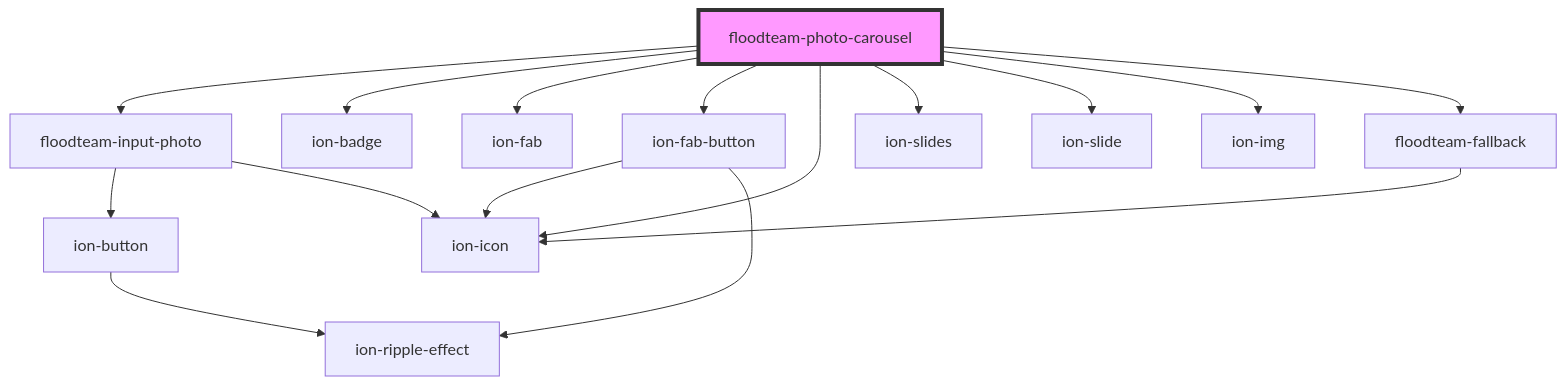
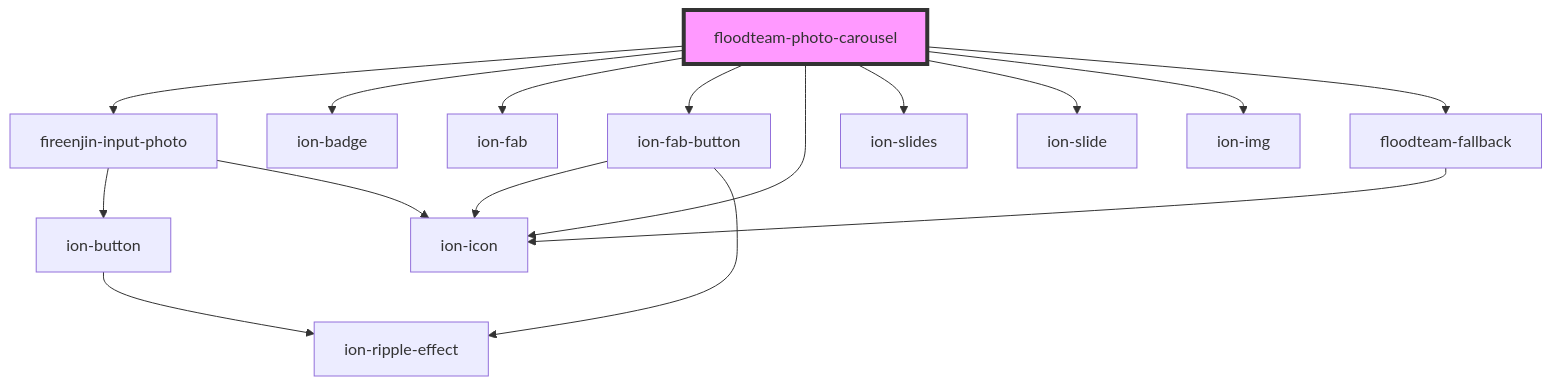
Before and after one commit to FloodTeam/components: the diagram in src/components/photo-carousel/readme.md, drawn with Mermaid. The commit also changed other lines of this file and 38 other files, not shown here.

````diff
--- a/src/components/photo-carousel/readme.md
+++ b/src/components/photo-carousel/readme.md
@@ -100,19 +72,19 @@
 ```mermaid
 graph TD;
-  floodteam-photo-carousel --> floodteam-input-photo
+  floodteam-photo-carousel --> fireenjin-input-photo
   floodteam-photo-carousel --> ion-badge
   floodteam-photo-carousel --> ion-fab
   floodteam-photo-carousel --> ion-fab-button
   floodteam-photo-carousel --> ion-icon
   floodteam-photo-carousel --> ion-slides
   floodteam-photo-carousel --> ion-slide
   floodteam-photo-carousel --> ion-img
   floodteam-photo-carousel --> floodteam-fallback
-  floodteam-input-photo --> ion-button
-  floodteam-input-photo --> ion-icon
+  fireenjin-input-photo --> ion-button
+  fireenjin-input-photo --> ion-icon
   ion-button --> ion-ripple-effect
   ion-fab-button --> ion-icon
   ion-fab-button --> ion-ripple-effect
   floodteam-fallback --> ion-icon
   style floodteam-photo-carousel fill:#f9f,stroke:#333,stroke-width:4px
 ```
````
